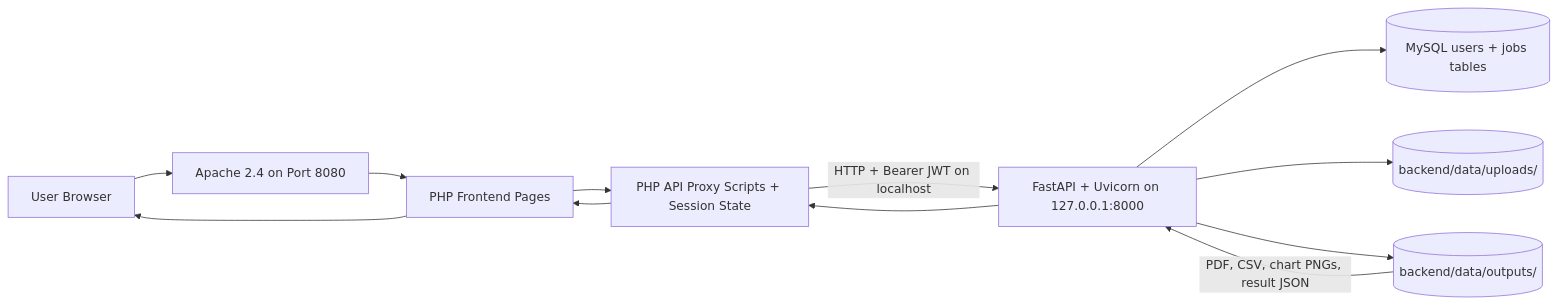
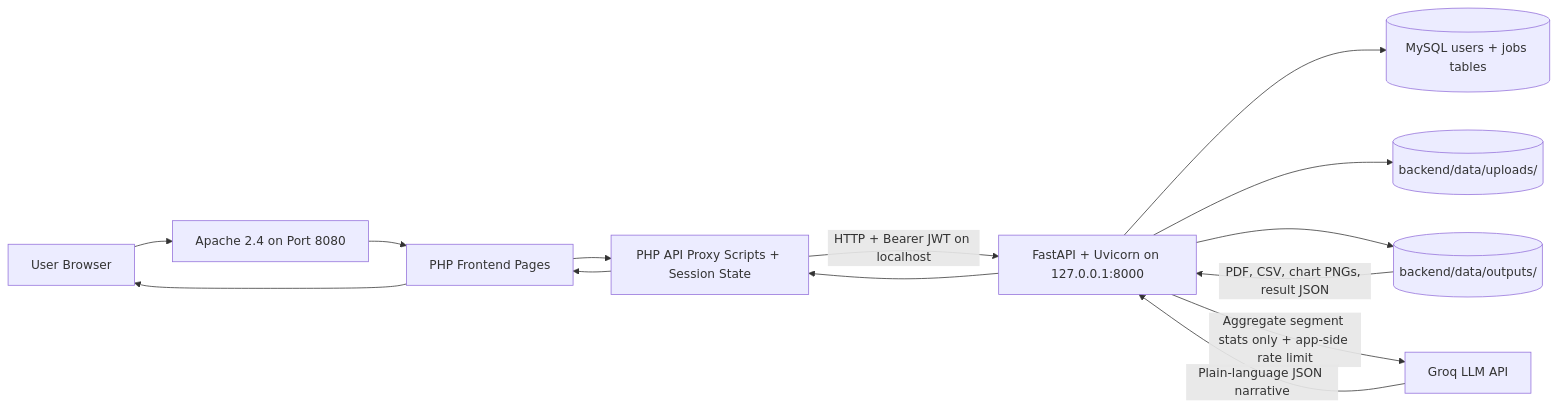
One commit to KikiOduro/Customer360 changed the second of 11 diagrams in customer360/docs/CAPSTONE_CURRENT_SYSTEM_ALIGNMENT_BY_CHAPTER.md. Above: the diagram before and after it, drawn with Mermaid. The commit also changed other lines of this file and 4 other files, not shown here.

Commit message:
Align Groq segment actions with UI labels

````diff
--- a/customer360/docs/CAPSTONE_CURRENT_SYSTEM_ALIGNMENT_BY_CHAPTER.md
+++ b/customer360/docs/CAPSTONE_CURRENT_SYSTEM_ALIGNMENT_BY_CHAPTER.md
@@ -266,12 +268,14 @@
 ```mermaid
 flowchart LR
     Browser[User Browser] --> Apache[Apache 2.4 on Port 8080]
     Apache --> Pages[PHP Frontend Pages]
     Pages --> Proxy[PHP API Proxy Scripts + Session State]
     Proxy -->|HTTP + Bearer JWT on localhost| FastAPI[FastAPI + Uvicorn on 127.0.0.1:8000]
     FastAPI --> MySQL[(MySQL users + jobs tables)]
     FastAPI --> Uploads[(backend/data/uploads/<job_id>)]
     FastAPI --> Outputs[(backend/data/outputs/<job_id>)]
+    FastAPI -->|Aggregate segment stats only + app-side rate limit| Groq[Groq LLM API]
+    Groq -->|Plain-language JSON narrative| FastAPI
     Outputs -->|PDF, CSV, chart PNGs, result JSON| FastAPI
     FastAPI --> Proxy --> Pages --> Browser
 ```
````
